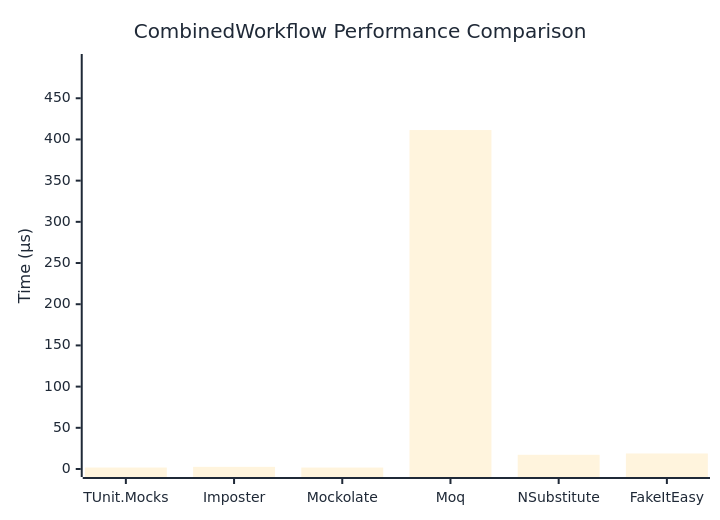
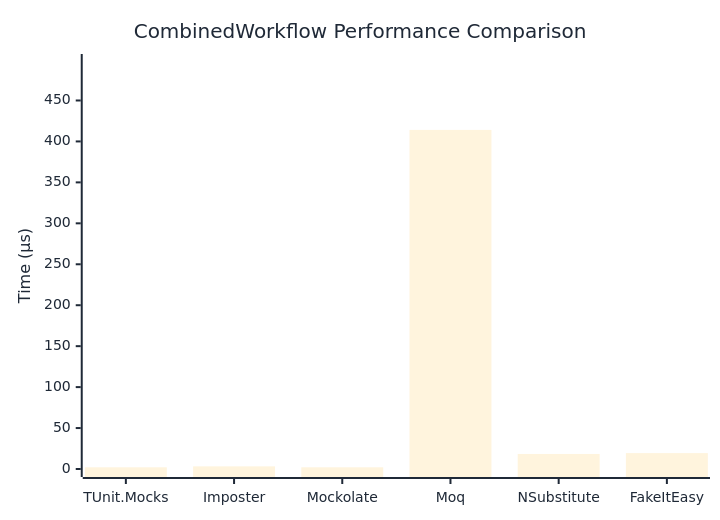
Before and after one commit to thomhurst/TUnit: the diagram in docs/docs/benchmarks/mocks/CombinedWorkflow.md, drawn with Mermaid. The commit also changed other lines of this file and 14 other files, not shown here.

````diff
--- a/docs/docs/benchmarks/mocks/CombinedWorkflow.md
+++ b/docs/docs/benchmarks/mocks/CombinedWorkflow.md
@@ -30,27 +30,27 @@
 ```mermaid
 %%{init: {
   'theme':'base',
   'themeVariables': {
     'primaryColor': '#2563eb',
     'primaryTextColor': '#1f2937',
     'primaryBorderColor': '#1e40af',
     'lineColor': '#6b7280',
     'secondaryColor': '#7c3aed',
     'tertiaryColor': '#dc2626',
     'background': '#ffffff',
     'pie1': '#2563eb',
     'pie2': '#7c3aed',
     'pie3': '#dc2626',
     'pie4': '#f59e0b',
     'pie5': '#10b981',
     'pie6': '#06b6d4',
     'pie7': '#ec4899',
     'pie8': '#6366f1'
   }
 }}%%
 xychart-beta
   title "CombinedWorkflow Performance Comparison"
   x-axis ["TUnit.Mocks", "Imposter", "Mockolate", "Moq", "NSubstitute", "FakeItEasy"]
-  y-axis "Time (μs)" 0 --> 494
-  bar [1.783, 2.604, 1.76, 411.419, 17.258, 18.842]
+  y-axis "Time (μs)" 0 --> 497
+  bar [2.073, 3.214, 2.071, 414.078, 18.35, 19.425]
 ```
````
